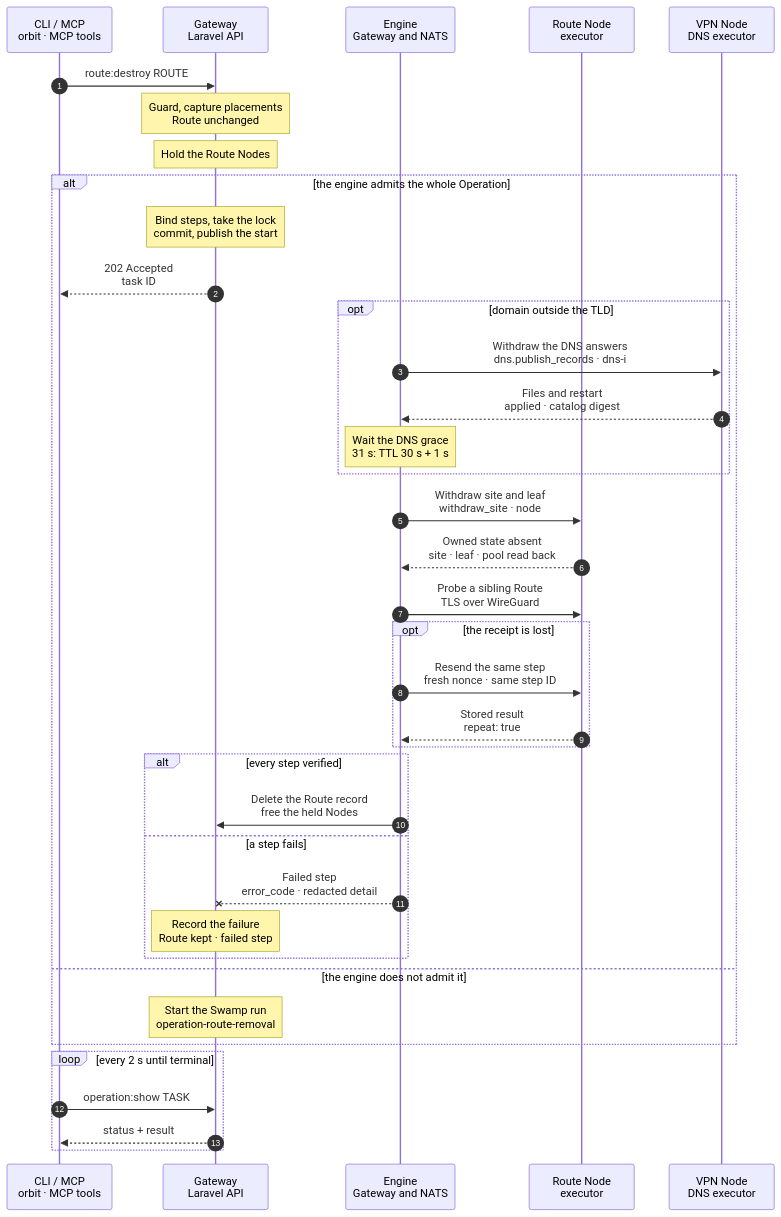
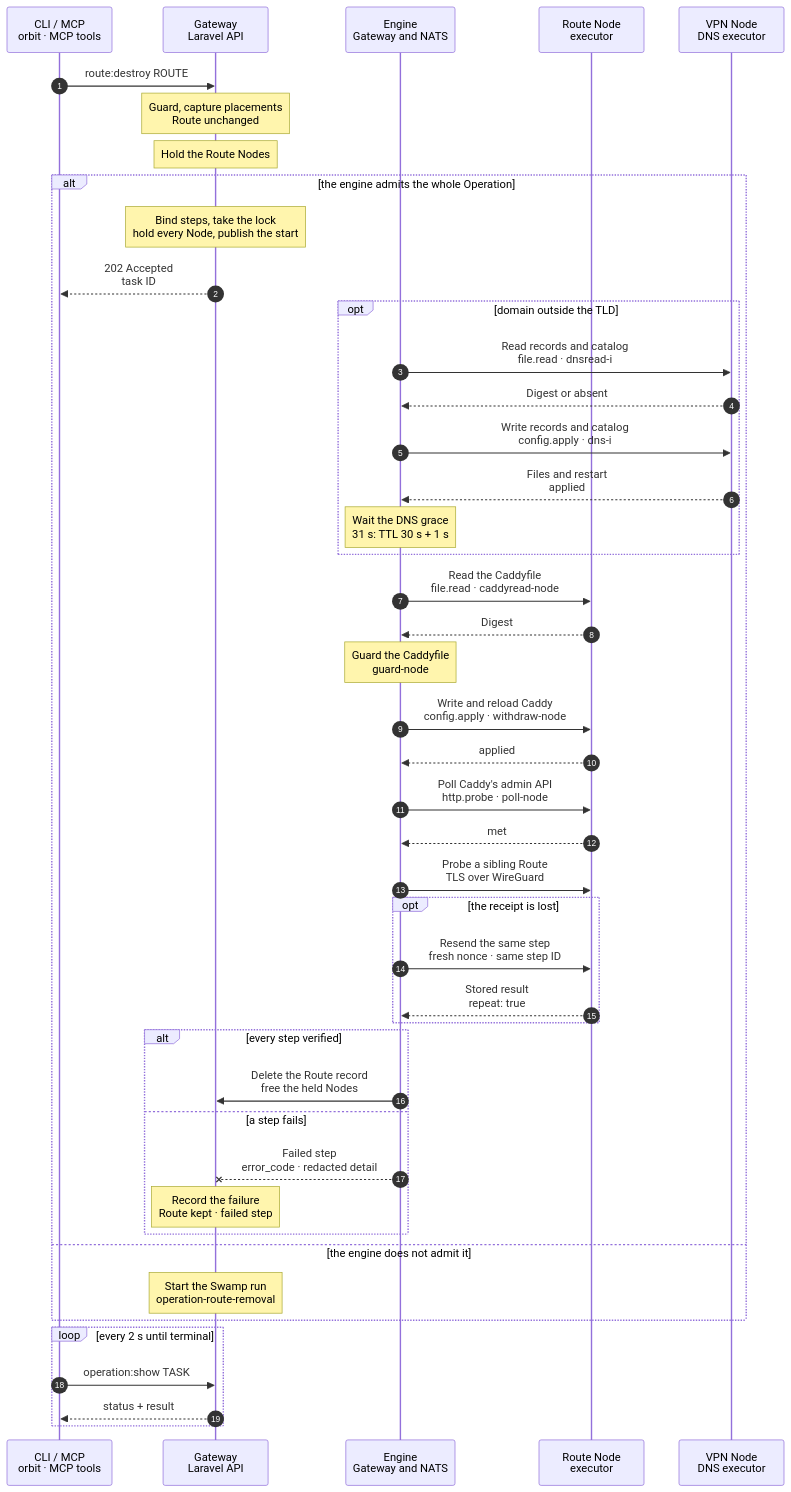
Before and after one commit to hardimpactdev/orbit: the diagram in docs/cli/route/engine/destroy.mmd, drawn with Mermaid. The commit also changed 10 other files, not shown here.

First line of the commit message:
Routes rewrite PR C: run engine route.destroy on host primitives (ORB-6354)

```diff
--- a/docs/cli/route/engine/destroy.mmd
+++ b/docs/cli/route/engine/destroy.mmd
@@ -1,6 +1,6 @@
 sequenceDiagram
-  %% route.destroy on the Gateway engine: the steps of route/destroy.mmd (workflow operation-route-removal) as `dns` and `route` family primitives. Built for ADR 0267 and ADR 0271 (RouteDestroyEngineFlow); runtime proof pending.
-  %% Reuses `dns.publish_records` for the DNS withdrawal; the site withdrawal is `route.withdraw_site`, a `route` family primitive that route/engine/update.mmd and the planned Route steps of instance/container/destroy-engine.mmd reuse.
+  %% route.destroy on the Gateway engine: the steps of route/destroy.mmd (workflow operation-route-removal) composed in the Gateway from host primitives (`file.read`, `config.apply`, `http.probe`). Built for ADR 0271 (RouteDestroyEngineFlow, Routes rewrite PR C).
+  %% Every path, lock, owner, validator and unit arrives in the order; the Gateway renders each whole file. instance/container/destroy-engine.mmd still withdraws its Routes with `dns.publish_records` and `route.withdraw_site` until its own rewrite.
   %% status: built
   %% command: route:destroy
   %% kind: route.destroy
@@ -23,36 +23,44 @@
   alt the engine admits the whole Operation
     %%> Admission, one decision per Operation (EngineKinds::routes):
     %%> - `route.destroy` is in `ORBIT_ENGINE_KINDS`
-    %%> - every Node a step touches reports its action in `$KV.NODES`: `dns.publish_records` (exists) on each VPN Node, `route.withdraw_site` on each Route Node
-    %%> - each VPN Node also lists the guarded DNS input, `dns.guarded_records`, in its reported `features` (as `instance.t3_pairing` is listed), checked by EngineKinds::routes from the step's `features`; the existing decoder refuses unknown fields, so without the feature the whole removal stays on Swamp and never fails after a step acted
+    %%> - every Node a step touches reports its action in `$KV.NODES`: `file.read` and `config.apply` on each VPN Node, and `http.probe` too on each Route Node (agent 0.36.0)
     %%> - the flow accepts the plan shape; a part it does not cover throws `EngineUnsupported` before any order
-    %%> - eligible plan: an ordinary private Route with no URL write; `--offline`, a pool change on a Node the Route does not leave, Caddy access or link writes, a never-activated replacement (it restores the old domain's URL and DNS), LAN rules, an Ingress edge, `url_lines` for a surviving Route and any `env_files` write throw `EngineUnsupported`, so the application never keeps pointing at a withdrawn name
-    %%> - also refused: a public Route or a Process proxy (`route_private_development`, from the Route's own placement at admission; a Node-local proxy to a loopback upstream is admitted, and an Ingress elsewhere in its cluster does not count), a PHP version whose last shared pool would leave, by the pools the Node serves before and after (`php_versions`, `php_versions_after`; a version the removal leaves untouched is admitted), and any Node order over the signer's 4 KB limit, checked before any order
-    Note over GW: Bind steps, take the lock<br/>commit, publish the start
+    %%> - production gate (as ORB-6337): each serving Node has the active `app-dev` role and each DNS Node the `vpn` role; no `production_control`, and no production Instance on a serving Node
+    %%> - eligible plan: an ordinary private Route with no URL write; `--offline`, Caddy access rows (`posix.acl.ensure` with scope `tree`, A4) or link writes, a never-activated replacement, LAN rules, an Ingress edge, `url_lines` for a surviving Route and any `env_files` write throw `EngineUnsupported`
+    %%> - leaf folders and shared pools need the account's home and group, which only `account.read` (agent 0.37.0) reads on the Node; until that pin a removal with either runs on Swamp
+    %%> - also refused: a public Route or a Process proxy (`route_private_development`), and a PHP version whose last shared pool would leave
+    Note over GW: Bind steps, take the lock<br/>hold every Node, publish the start
     %%> - the step rows and the Operation lock commit in one transaction before the start event; an Operation never moves between engines after this
+    %%> - in the same transaction the start refuses `route.publication_held` while another open Route write, on either engine, writes or holds one of its Nodes, the DNS-only VPN Nodes included (RouteWriteNodes); an engine removal fences later Route writes the same way
     GW-->>CLI: 202 Accepted<br/>task ID
     opt domain outside the TLD
-      EN->>V: Withdraw the DNS answers<br/>dns.publish_records · dns-i
-      %%> Reuses `dns.publish_records` with the records and the catalog rendered without the Route, its Router answers (`overrides`) included; other Routes' records stay byte for byte
-      %%> The guarded input (behind the feature above) carries, per file, the digest the Gateway rendered from (`route_guards`, the whole files rendered from the sites at admission) and the desired bytes as a blob named by their digest
-      %%> The catalog's digest is of its canonical form (keys in byte order, `[]` read as `{}`, compact, one newline): Swamp's withdrawal rewrites the same catalog in its merge's key order and with `{}`; any change of content still refuses
-      %%> Per file: live equals desired (this step already wrote it, also one half of a records/catalog pair) is kept; live equals the rendered-from digest is replaced; anything else refuses `owned_revision_conflict` and writes nothing, so unrelated changes are never overwritten
-      %%> `dnsmasq --test`, then the restart, on every run, also a replay, so files written before a crash are loaded; a failed check puts the previous files back and restarts nothing
-      V-->>EN: Files and restart<br/>applied · catalog digest
+      EN->>V: Read records and catalog<br/>file.read · dnsread-i
+      %%> Two reads, never following a link: the digest, type, owner and mode of `/etc/dnsmasq.d/orbit-records.conf` and `/var/lib/orbit/private-dns/catalog.json`; the receipt is the step's output, so a retry sends the same guard
+      %%> Anything but a plain file or nothing refuses (`owned_revision_conflict`)
+      V-->>EN: Digest or absent
+      EN->>V: Write records and catalog<br/>config.apply · dns-i
+      %%> The records and catalog rendered without the Route, each guarded by the digest just read (`from_sha256`; none for an absent file), owner `root:root 0644`, under the DNS lock `/run/lock/orbit-dnsmasq.lock`
+      %%> A file that changed since the read refuses before any write (`owned_revision_conflict`); bytes that differ only in form (another key order) are rewritten to the Gateway's render
+      %%> `dnsmasq --test` with `/etc/dnsmasq.conf` and `/etc/dnsmasq.d`, then `dnsmasq` and `orbit-private-dns` restart on every run; a failed test or restart puts the old files back and loads them again
+      %%> The prior state is recorded in `/var/lib/orbit/executor/recovery/operation-<id>/dns-<i>`, so a run that stopped is undone by its replay
+      V-->>EN: Files and restart<br/>applied
       Note over EN: Wait the DNS grace<br/>31 s: TTL 30 s + 1 s
       %%> A Gateway step (`grace`) after every `dns-i`: it runs no earlier than 31 s after the last recorded DNS receipt (`done_ms`), as Swamp's `route-dns-grace`; a redelivered receipt or a resend never moves that time
-      %%> The engine keeps that time on the step (`EngineWait`) and schedules its deadline on the bus; no process sleeps, so a restart of the engine consumer, the Gateway or Horizon resumes only what is left, and a lost deadline is run by the reconciler's nudge, late but never early
-      %%> A cancel during the wait ends the Operation `cancelled` with nothing withdrawn from the Route Node: the DNS answers stay withdrawn and the Route is kept
-      %%> A retry Operation is a new run, whose own DNS step (`applied: 0`) starts a full 31 s again
+      %%> The engine keeps that time on the step (`EngineWait`) and schedules its deadline on the bus; no process sleeps, so a restart resumes only what is left (ORB-6333)
+      %%> A cancel during the wait ends the Operation `cancelled` with nothing withdrawn from the Route Node
     end
-    EN->>N: Withdraw site and leaf<br/>withdraw_site · node
-    %%> One Node-local primitive under the Node target lock and Swamp's own publication lock (`flock` on `/etc/caddy/.orbit-publish.lock`): the live Caddyfile must equal the digest of the one the Gateway rendered from at admission, or already the desired bytes, so every other site stays byte for byte; a shared pool is merged by scope as Swamp's withdrawal does: each scope the render changes must still hold its rendered-from or desired state, its group written as the account's gid or as its group's name; every other scope keeps its live state, also its absence, and an absent pool is never created
-    %%> Then the pools are written and tested, the candidate Caddyfile is validated as `caddy` and moved in place, the pools and Caddy reload, and only then the leaves go; a failed pool test, pool reload or Caddy reload puts the previous files back and reloads them (`route.pool_failed`, projected as the chart's `Converge PHP-FPM pools`; `route.withdraw_failed`)
-    %%> Caddy and PHP-FPM reload on every run, also a replay that finds nothing to change, as `route.publish_site` does, so a crash after the commit still makes the withdrawal live
-    %%> Removes the Route's owned Caddy site block, its leaf certificate folders and, for a development target, its PHP-FPM pool share; a repeat finds them absent and changes nothing (`applied: 0`)
-    %%> A live Caddyfile or pool that matches neither state refuses before any write (`owned_revision_conflict`); the guarded DNS step takes the Node's DNS lock (`/run/lock/orbit-dnsmasq.lock`) the same way
-    N-->>EN: Owned state absent<br/>site · leaf · pool read back
-    %%> Verification read-back in the same primitive: the desired Caddyfile is live, no leaf folder remains, and Caddy's admin API (`127.0.0.1:2019/config/`) names none of the Route's domains (`route.withdraw_unverified`)
+    EN->>N: Read the Caddyfile<br/>file.read · caddyread-node
+    N-->>EN: Digest
+    Note over EN: Guard the Caddyfile<br/>guard-node
+    %%> A Gateway step: the read digest must be the Caddyfile rendered at admission (`route_guards`) or the desired one, else `owned_revision_conflict` and nothing is written; a link in its place refuses too
+    EN->>N: Write and reload Caddy<br/>config.apply · withdraw-node
+    %%> The whole Caddyfile without the Route, guarded by the digest read, owner `root:caddy 0640`, under the publication lock `/etc/caddy/.orbit-publish.lock`
+    %%> `caddy validate` as `caddy`, then `caddy.service` reloads on every run, also a replay that finds nothing to change; a failed validation or reload puts the old file back and reloads it
+    %%> Recovery record in `/var/lib/orbit/executor/recovery/operation-<id>/withdraw-<node>`
+    N-->>EN: applied
+    EN->>N: Poll Caddy's admin API<br/>http.probe · poll-node
+    %%> `http://127.0.0.1:2019/config/` until no withdrawn name appears in it, within 5 s (ORB-6335); unmet fails the chart's withdrawal step
+    N-->>EN: met
     EN->>N: Probe a sibling Route<br/>TLS over WireGuard
     %%> A Gateway step (`sibling-node`) as route.create's probe: a TLS handshake with another Route on the same Node, trusting only the Orbit root, proves Caddy still serves the rest; skipped when the Node serves no other Route
     opt the receipt is lost
@@ -67,13 +75,14 @@
     end
     alt every step verified
       EN->>GW: Delete the Route record<br/>free the held Nodes
-      %%> - the kind's own projection records the result, the same rows a Swamp run records
+      %%> - the kind's own projection records the result, the same rows a Swamp run records: the Route goes `retiring` before its record is deleted, and the only authoritative Route of an active Instance stays (ORB-6339); a projection that throws is retried twice, then fails `engine.projection_failed`
     else a step fails
       EN--xGW: Failed step<br/>error_code · redacted detail
       %%> - a deterministic refusal is a terminal receipt too; the journal keeps it and a resend repeats it
       Note over GW: Record the failure<br/>Route kept · failed step
       %%> - what was withdrawn stays withdrawn; no rollback
-      %%> - retry: the same command; the DNS step repeats with the same bytes (`applied: 0`) and each Node withdrawal converges
+      %%> - each step maps onto the Swamp chart step it is part of (reads, guard and poll onto `Withdraw site, remove cert` or `Remove private DNS`), so the projection records main's `failed_step` and that step's code
+      %%> - retry: the same command; its reads take the files as they are and each write converges
     end
   else the engine does not admit it
     Note over GW: Start the Swamp run<br/>operation-route-removal
```
